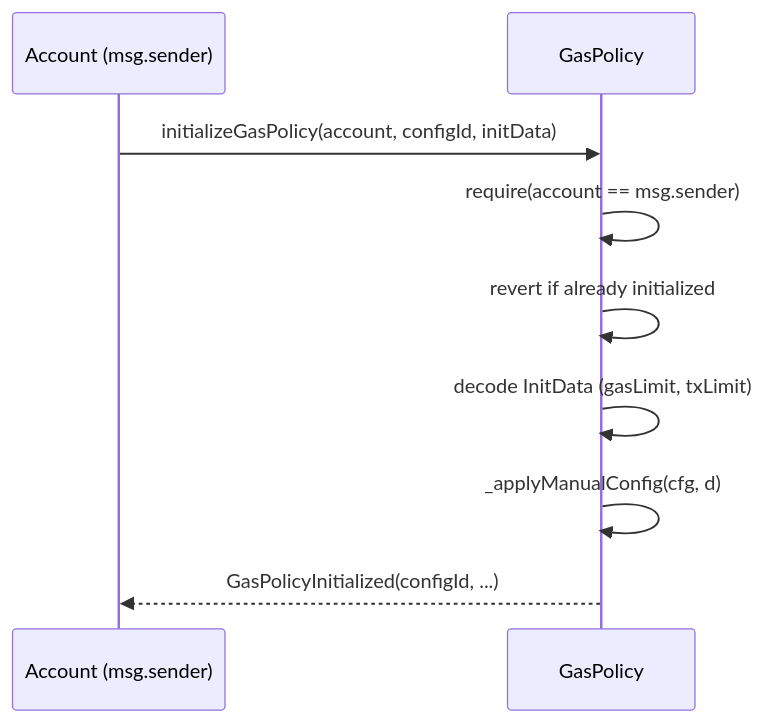
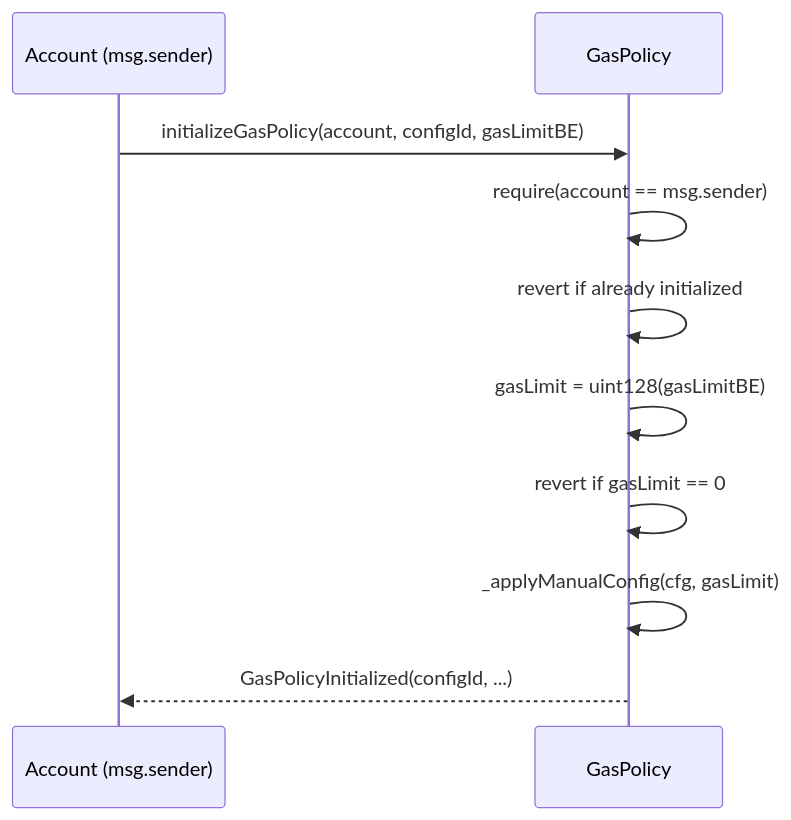
One commit to openfort-xyz/openfort-7702-account changed the third of 5 diagrams in docs/GasPolicy.md. Above: the diagram before and after it, drawn with Mermaid. The commit also changed other lines of this file, not shown here.

Commit message:
(docs) fix docs/GasPolicy.md

````diff
--- a/docs/GasPolicy.md
+++ b/docs/GasPolicy.md
@@ -85,12 +77,13 @@
 ```mermaid
 sequenceDiagram
   participant A as Account (msg.sender)
   participant GP as GasPolicy
 
-  A->>GP: initializeGasPolicy(account, configId, initData)
+  A->>GP: initializeGasPolicy(account, configId, gasLimitBE)
   GP->>GP: require(account == msg.sender)
   GP->>GP: revert if already initialized
-  GP->>GP: decode InitData (gasLimit, txLimit)
-  GP->>GP: _applyManualConfig(cfg, d)
+  GP->>GP: gasLimit = uint128(gasLimitBE)
+  GP->>GP: revert if gasLimit == 0
+  GP->>GP: _applyManualConfig(cfg, gasLimit)
   GP-->>A: GasPolicyInitialized(configId, ...)
 ```
````
